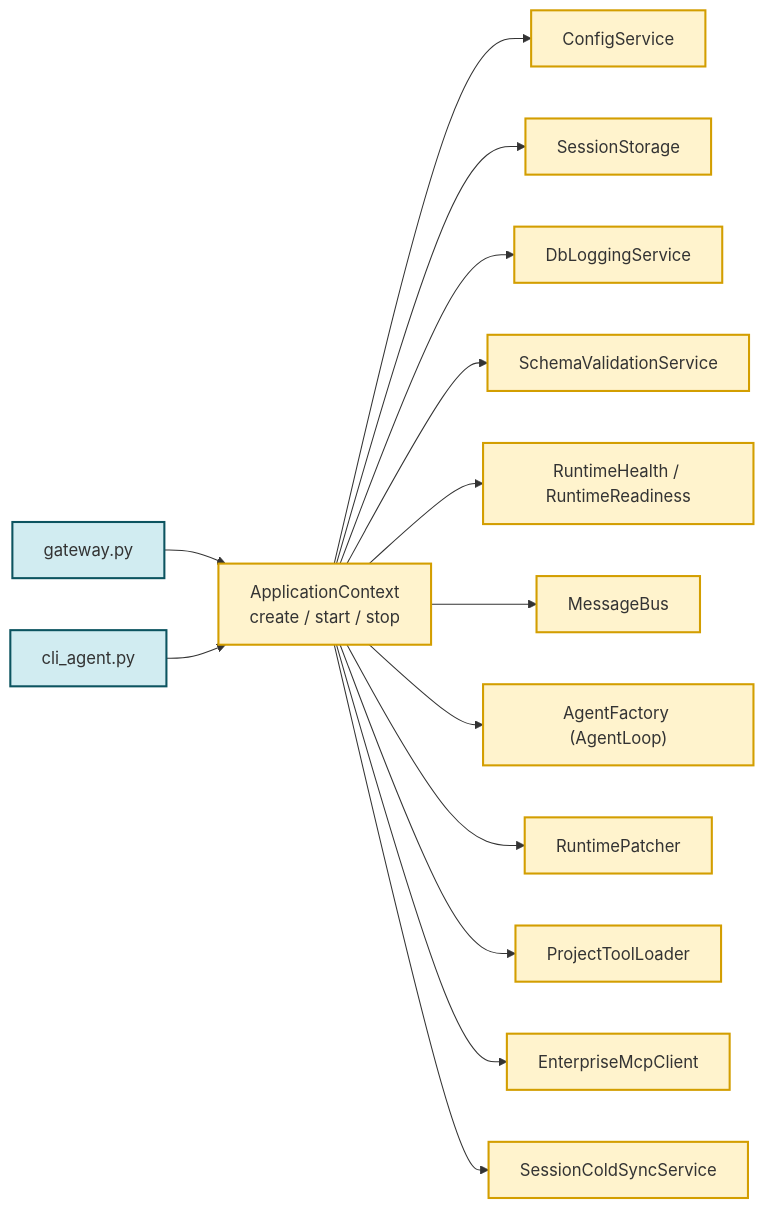
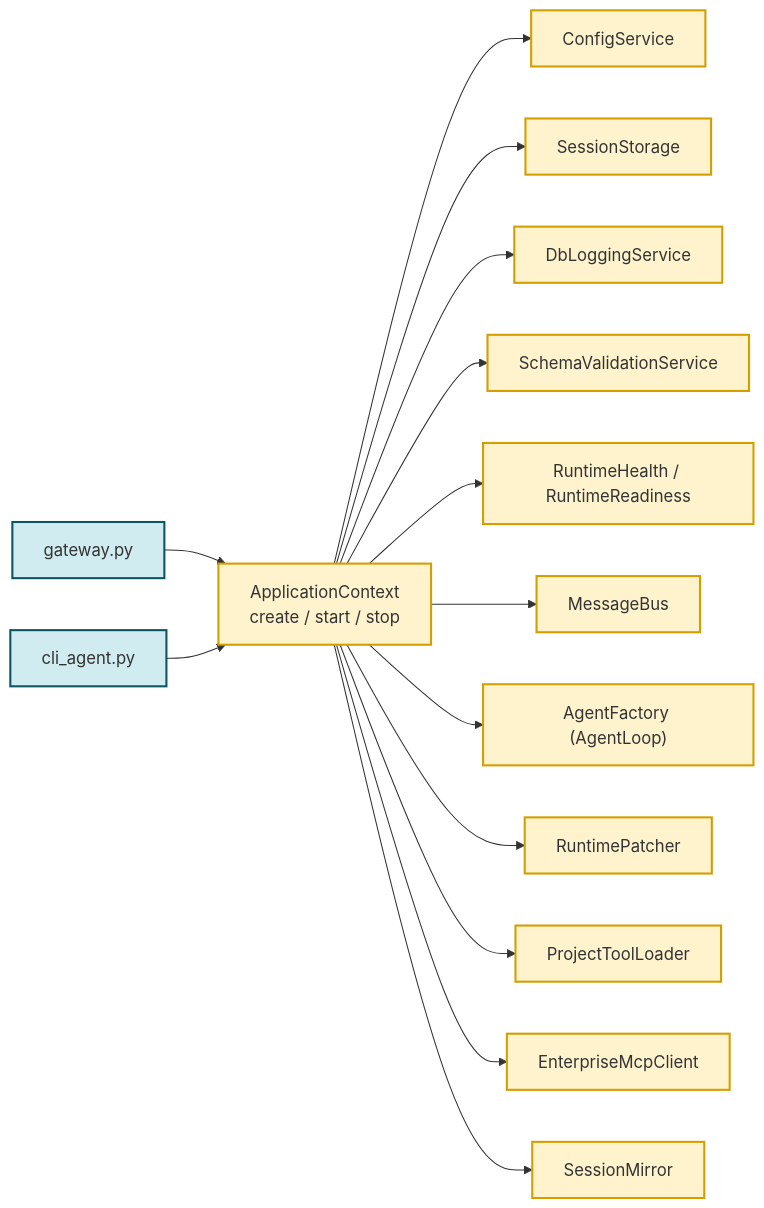
Before and after one commit to AlexEgorov85/workspaces_nanobot: the second of 4 diagrams in docs/ARCHITECTURE.md, drawn with Mermaid. The commit also changed other lines of this file and 38 other files, not shown here.

````diff
--- a/docs/ARCHITECTURE.md
+++ b/docs/ARCHITECTURE.md
@@ -90,20 +90,20 @@
 ```mermaid
 flowchart LR
     GW["gateway.py"] --> CTX["ApplicationContext<br/>create / start / stop"]
     CLI["cli_agent.py"] --> CTX
     CTX --> CFG["ConfigService"]
     CTX --> SESS["SessionStorage"]
     CTX --> DBL["DbLoggingService"]
     CTX --> SCHEMA["SchemaValidationService"]
     CTX --> HEALTH["RuntimeHealth / RuntimeReadiness"]
     CTX --> BUS["MessageBus"]
     CTX --> AGENT["AgentFactory (AgentLoop)"]
     CTX --> PATCH["RuntimePatcher"]
     CTX --> TOOLS["ProjectToolLoader"]
     CTX --> EMCP["EnterpriseMcpClient"]
-    CTX --> COLD["SessionColdSyncService"]
+    CTX --> COLD["SessionMirror"]
     classDef entry fill:#d1ecf1,stroke:#0c5460,stroke-width:2px
     classDef core fill:#fff3cd,stroke:#d39e00,stroke-width:2px
     class GW,CLI entry
     class CTX,CFG,SESS,DBL,SCHEMA,HEALTH,BUS,AGENT,PATCH,TOOLS,EMCP,COLD core
 ```
````
